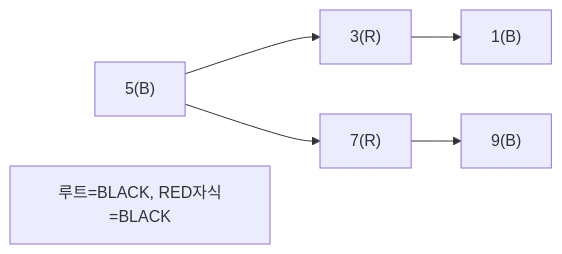
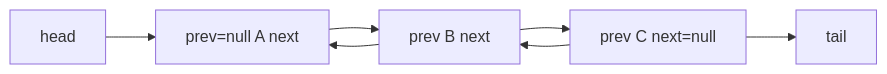
The fourth of 6 diagrams in _posts/java/2026-05-01-java-collections.md (yjkim2015/yjkim2015.github.io), drawn with Mermaid before and after one commit. The commit also changed other lines of this file and 4 other files, not shown here.

````diff
--- a/_posts/java/2026-05-01-java-collections.md
+++ b/_posts/java/2026-05-01-java-collections.md
@@ -347,8 +489,9 @@
 ```mermaid
 graph LR
-    N5["5(B)"] --> N3["3(R)"]
-    N5 --> N7["7(R)"]
-    N3 --> N1["1(B)"]
-    N7 --> N9["9(B)"]
-    RULE["루트=BLACK, RED자식=BLACK"]
+    HEAD["head"] --> N1["prev=null A next"]
+    N1 --> N2["prev B next"]
+    N2 --> N3["prev C next=null"]
+    N3 --> TAIL["tail"]
+    N2 --> N1
+    N3 --> N2
 ```
````
